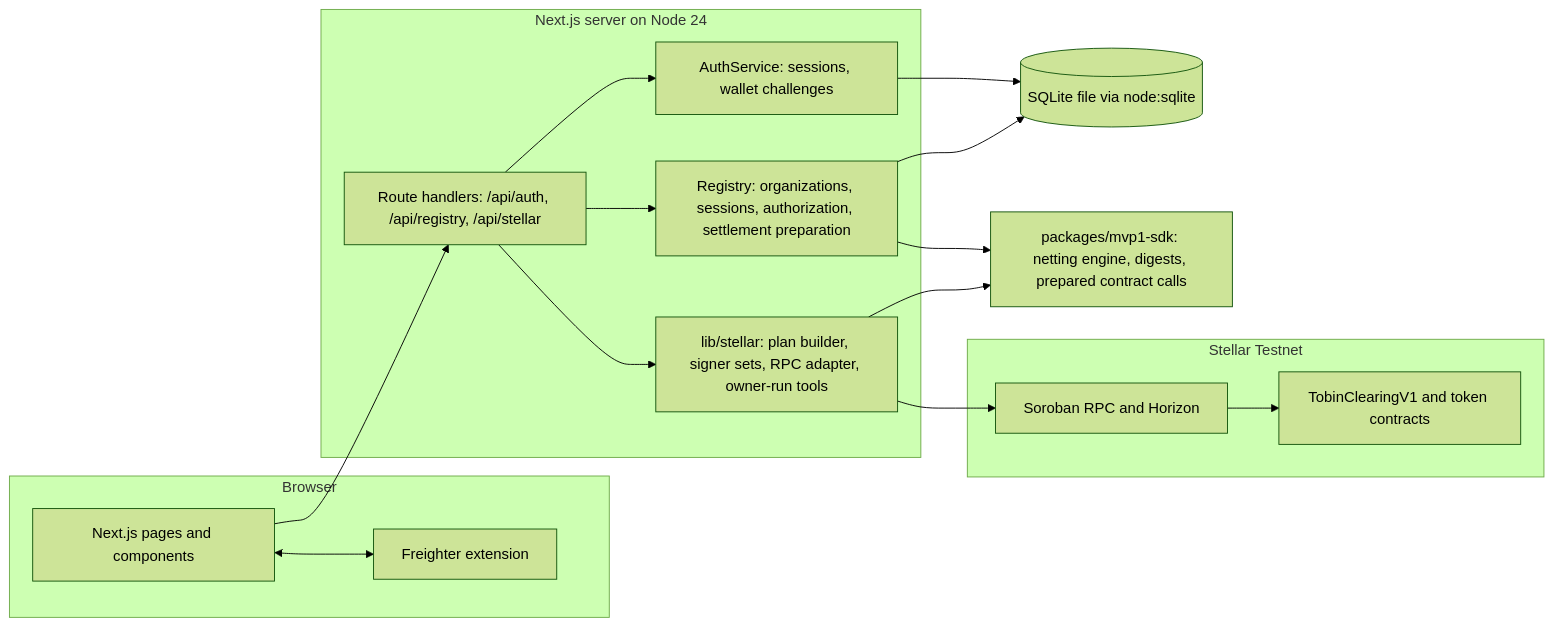
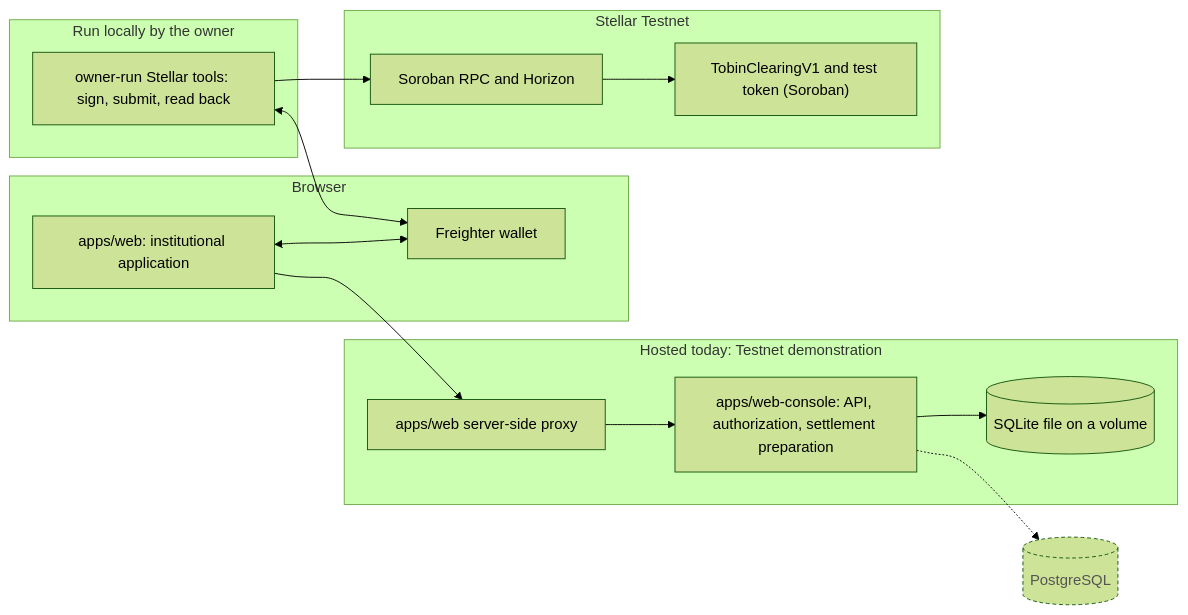
Before and after one commit to tobin-protocol/tobin: the diagram in README.md, drawn with Mermaid (forest theme). The commit also changed other lines of this file, not shown here.

````diff
--- a/README.md
+++ b/README.md
@@ -151,26 +59,26 @@
 ```mermaid
 flowchart LR
   subgraph BROWSER["Browser"]
-    UI["Next.js pages and components"]
-    FW["Freighter extension"]
+    UI["apps/web: institutional application"]
+    FW["Freighter wallet"]
   end
-  subgraph SERVER["Next.js server on Node 24"]
-    API["Route handlers: /api/auth, /api/registry, /api/stellar"]
-    AUTH["AuthService: sessions, wallet challenges"]
-    REG["Registry: organizations, sessions, authorization, settlement preparation"]
-    STL["lib/stellar: plan builder, signer sets, RPC adapter, owner-run tools"]
+  subgraph HOST["Hosted today: Testnet demonstration"]
+    PROXY["apps/web server-side proxy"]
+    API["apps/web-console: API, authorization, settlement preparation"]
+    DB[("SQLite file on a volume")]
   end
-  DB[("SQLite file via node:sqlite")]
-  SDK["packages/mvp1-sdk: netting engine, digests, prepared contract calls"]
-  subgraph CHAIN["Stellar Testnet"]
+  subgraph OWNER["Run locally by the owner"]
+    TOOLS["owner-run Stellar tools: sign, submit, read back"]
+  end
+  subgraph STELLAR["Stellar Testnet"]
+    CON["TobinClearingV1 and test token (Soroban)"]
     RPC["Soroban RPC and Horizon"]
-    CON["TobinClearingV1 and token contracts"]
   end
-  UI --> API
+  PG[("PostgreSQL")]:::planned
+  UI --> PROXY --> API --> DB
   UI <--> FW
-  API --> AUTH --> DB
-  API --> REG --> DB
-  REG --> SDK
-  API --> STL --> SDK
-  STL --> RPC --> CON
+  TOOLS <--> FW
+  TOOLS --> RPC --> CON
+  API -.-> PG
+  classDef planned stroke-dasharray: 4 3,color:#555
 ```
````
